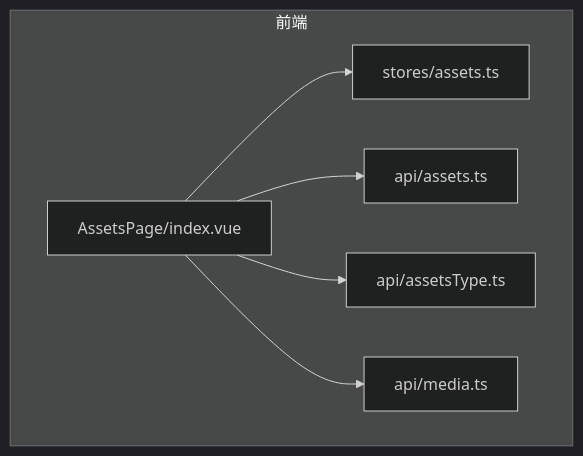
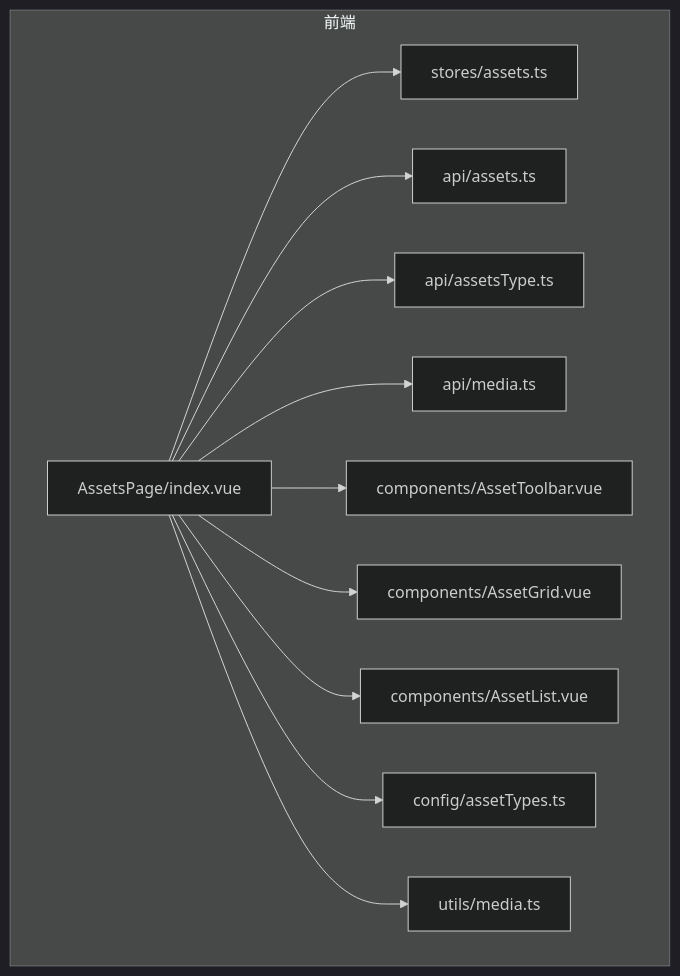
The first of 11 diagrams in .qoder/repowiki/zh/content/核心功能模块/资产管理.md (cyu100235/lingjing-ai), drawn with Mermaid (dark theme) before and after one commit. The commit also changed other lines of this file and 12 other files, not shown here.

````diff
--- a/.qoder/repowiki/zh/content/核心功能模块/资产管理.md
+++ b/.qoder/repowiki/zh/content/核心功能模块/资产管理.md
@@ -32,14 +49,24 @@
 ```mermaid
 graph TB
 subgraph "前端"
 A["AssetsPage/index.vue"]
 B["stores/assets.ts"]
 C["api/assets.ts"]
 D["api/assetsType.ts"]
 E["api/media.ts"]
+F["components/AssetToolbar.vue"]
+G["components/AssetGrid.vue"]
+H["components/AssetList.vue"]
+I["config/assetTypes.ts"]
+J["utils/media.ts"]
 end
 A --> B
 A --> C
 A --> D
 A --> E
+A --> F
+A --> G
+A --> H
+A --> I
+A --> J
 ```
````
